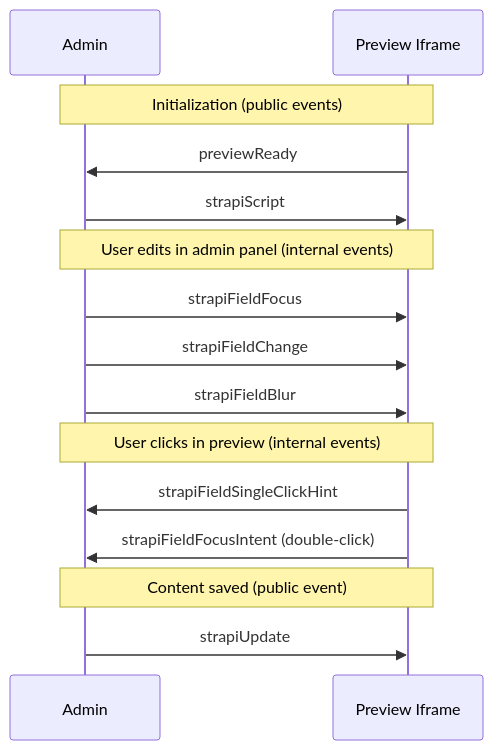
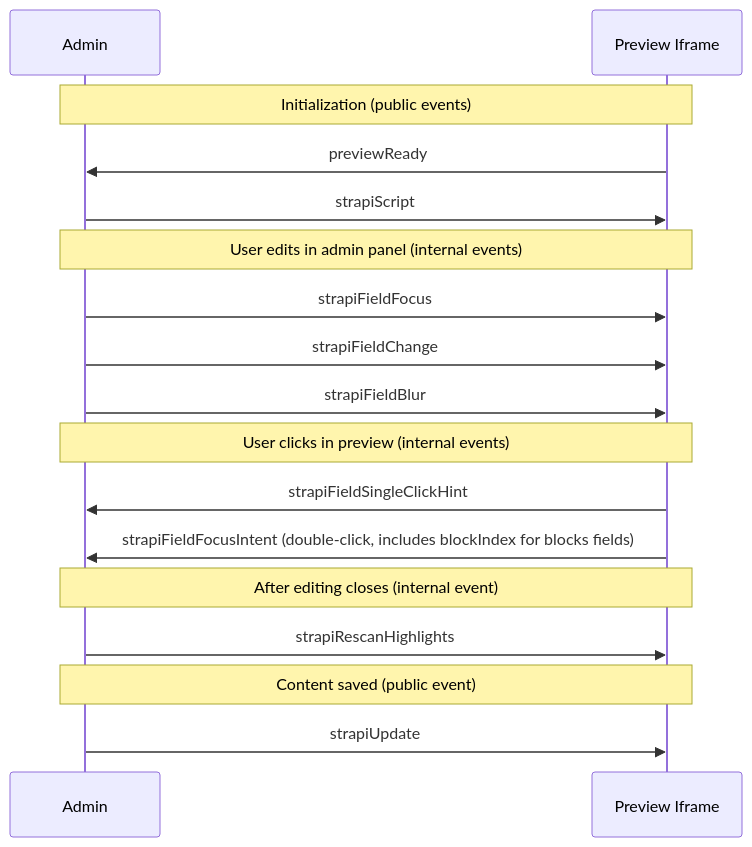
Before and after one commit to strapi/strapi: the diagram in docs/docs/docs/01-core/content-manager/06-preview.md, drawn with Mermaid. The commit also changed other lines of this file, not shown here.

Commit message:
chore(docs): update preview docs with changes and blocks support

````diff
--- a/docs/docs/docs/01-core/content-manager/06-preview.md
+++ b/docs/docs/docs/01-core/content-manager/06-preview.md
@@ -66,21 +67,24 @@
 ```mermaid
 sequenceDiagram
     participant Admin
     participant Iframe as Preview Iframe
 
     Note over Admin,Iframe: Initialization (public events)
     Iframe->>Admin: previewReady
     Admin->>Iframe: strapiScript
 
     Note over Admin,Iframe: User edits in admin panel (internal events)
     Admin->>Iframe: strapiFieldFocus
     Admin->>Iframe: strapiFieldChange
     Admin->>Iframe: strapiFieldBlur
 
     Note over Admin,Iframe: User clicks in preview (internal events)
     Iframe->>Admin: strapiFieldSingleClickHint
-    Iframe->>Admin: strapiFieldFocusIntent (double-click)
+    Iframe->>Admin: strapiFieldFocusIntent (double-click, includes blockIndex for blocks fields)
+
+    Note over Admin,Iframe: After editing closes (internal event)
+    Admin->>Iframe: strapiRescanHighlights
 
     Note over Admin,Iframe: Content saved (public event)
     Admin->>Iframe: strapiUpdate
 ```
````
